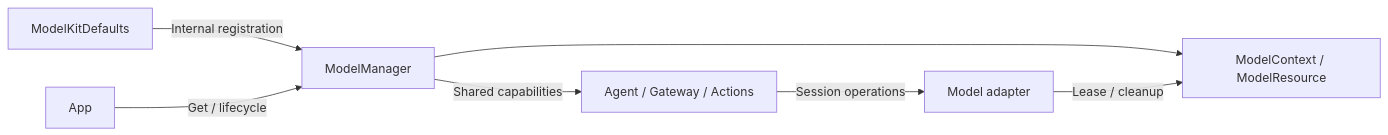
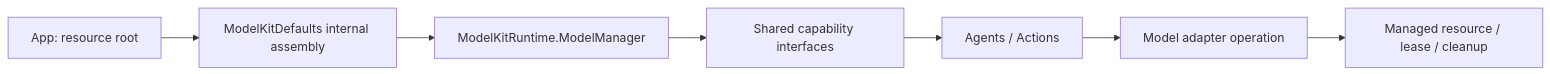
One commit to devilyouwei/MobileHarness changed the fifth of 5 diagrams in MobileHarness/README.md. Above: the diagram before and after it, drawn with Mermaid. The commit also changed other lines of this file and 53 other files, not shown here.

````diff
--- a/MobileHarness/README.md
+++ b/MobileHarness/README.md
@@ -1185,9 +472,9 @@
 ```mermaid
 flowchart LR
-    Defaults[ModelKitDefaults] -->|Internal registration| Manager[ModelManager]
-    App -->|Get / lifecycle| Manager
-    Manager --> Context[ModelContext / ModelResource]
-    Manager -->|Shared capabilities| Consumers[Agent / Gateway / Actions]
-    Consumers -->|Session operations| Adapter[Model adapter]
-    Adapter -->|Lease / cleanup| Context
+    App[App: resource root] --> Defaults[ModelKitDefaults internal assembly]
+    Defaults --> Manager[ModelKitRuntime.ModelManager]
+    Manager --> Capabilities[Shared capability interfaces]
+    Capabilities --> Consumers[Agents / Actions]
+    Consumers --> Adapter[Model adapter operation]
+    Adapter --> Resource[Managed resource / lease / cleanup]
 ```
````
